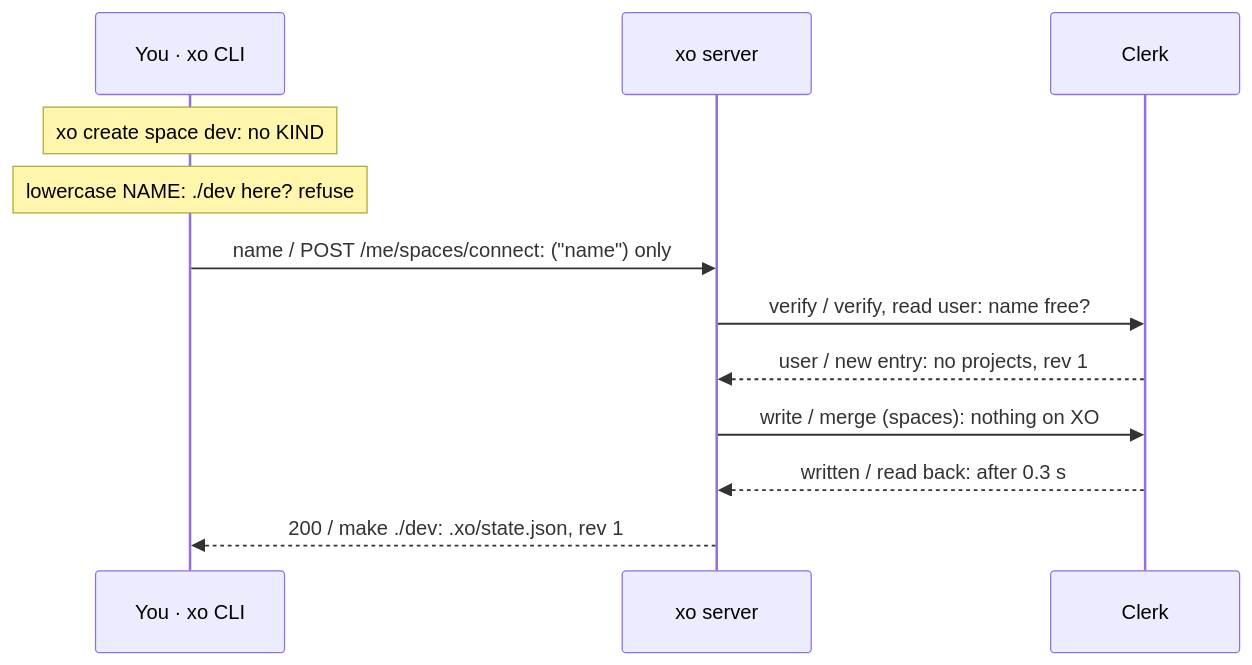
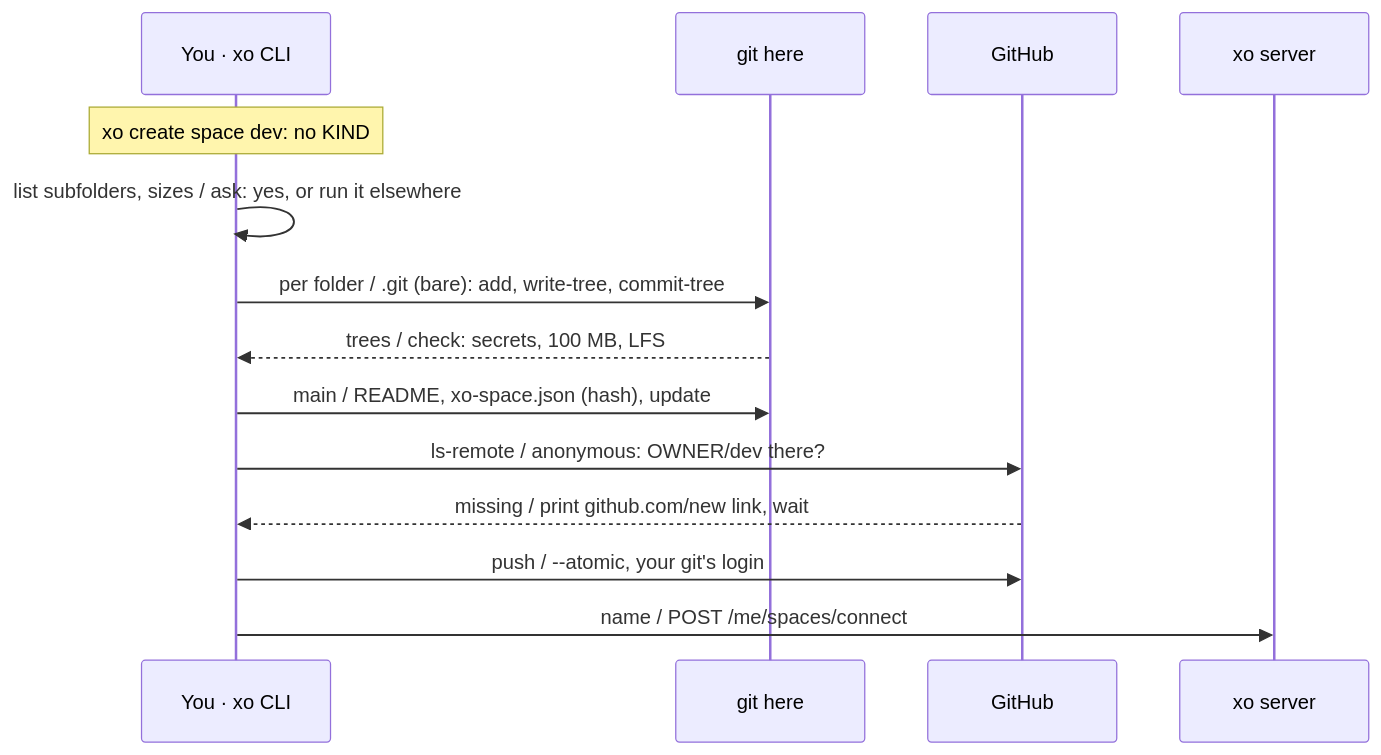
One commit to quirq-ai/xo changed the ninth of 31 diagrams in docs/architecture.md. Above: the diagram before and after it, drawn with Mermaid. The commit also changed other lines of this file and 12 other files, not shown here.

First line of the commit message:
xo create space NAME: this folder becomes a space on GitHub (#66)

````diff
--- a/docs/architecture.md
+++ b/docs/architecture.md
@@ -229,14 +229,16 @@
 ```mermaid
 sequenceDiagram
   participant Cli as You · xo CLI
+  participant Git as git here
+  participant Gh as GitHub
   participant Srv as xo server
-  participant Clerk as Clerk
   Note over Cli: xo create space dev: no KIND
-  Note over Cli: lowercase NAME: ./dev here? refuse
-  Cli->>Srv: name / POST /me/spaces/connect: ("name") only
-  Srv->>Clerk: verify / verify, read user: name free?
-  Clerk-->>Srv: user / new entry: no projects, rev 1
-  Srv->>Clerk: write / merge (spaces): nothing on XO
-  Clerk-->>Srv: written / read back: after 0.3 s
-  Srv-->>Cli: 200 / make ./dev: .xo/state.json, rev 1
+  Cli->>Cli: list subfolders, sizes / ask: yes, or run it elsewhere
+  Cli->>Git: per folder / .git (bare): add, write-tree, commit-tree
+  Git-->>Cli: trees / check: secrets, 100 MB, LFS
+  Cli->>Git: main / README, xo-space.json (hash), update
+  Cli->>Gh: ls-remote / anonymous: OWNER/dev there?
+  Gh-->>Cli: missing / print github.com/new link, wait
+  Cli->>Gh: push / --atomic, your git's login
+  Cli->>Srv: name / POST /me/spaces/connect
 ```
````
